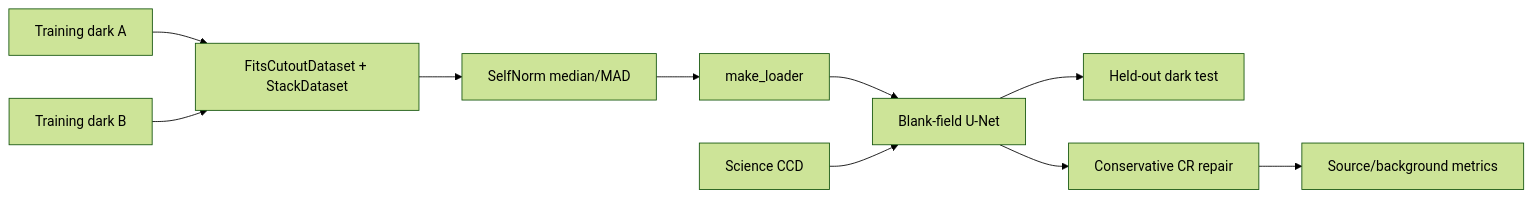
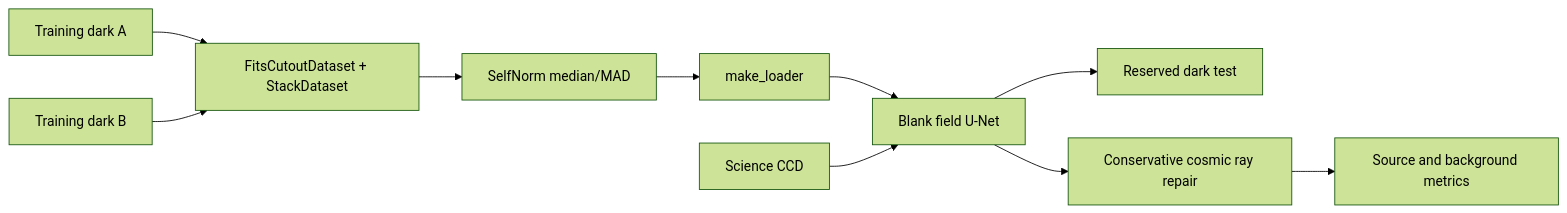
One commit to sfabbro/torchfits changed the diagram in docs/denoise-pipeline.md. Above: the diagram before and after it, drawn with Mermaid (forest theme). The commit also changed other lines of this file, not shown here.

````diff
--- a/docs/denoise-pipeline.md
+++ b/docs/denoise-pipeline.md
@@ -24,10 +25,10 @@
 ```mermaid
 flowchart LR
     D1["Training dark A"] --> P["FitsCutoutDataset + StackDataset"]
     D2["Training dark B"] --> P
-    P --> T["SelfNorm median/MAD"] --> L["make_loader"] --> N["Blank-field U-Net"]
-    N --> DT["Held-out dark test"]
+    P --> T["SelfNorm median/MAD"] --> L["make_loader"] --> N["Blank field U-Net"]
+    N --> DT["Reserved dark test"]
     S["Science CCD"] --> N
-    N --> C["Conservative CR repair"]
-    C --> M["Source/background metrics"]
+    N --> C["Conservative cosmic ray repair"]
+    C --> M["Source and background metrics"]
 ```
````
